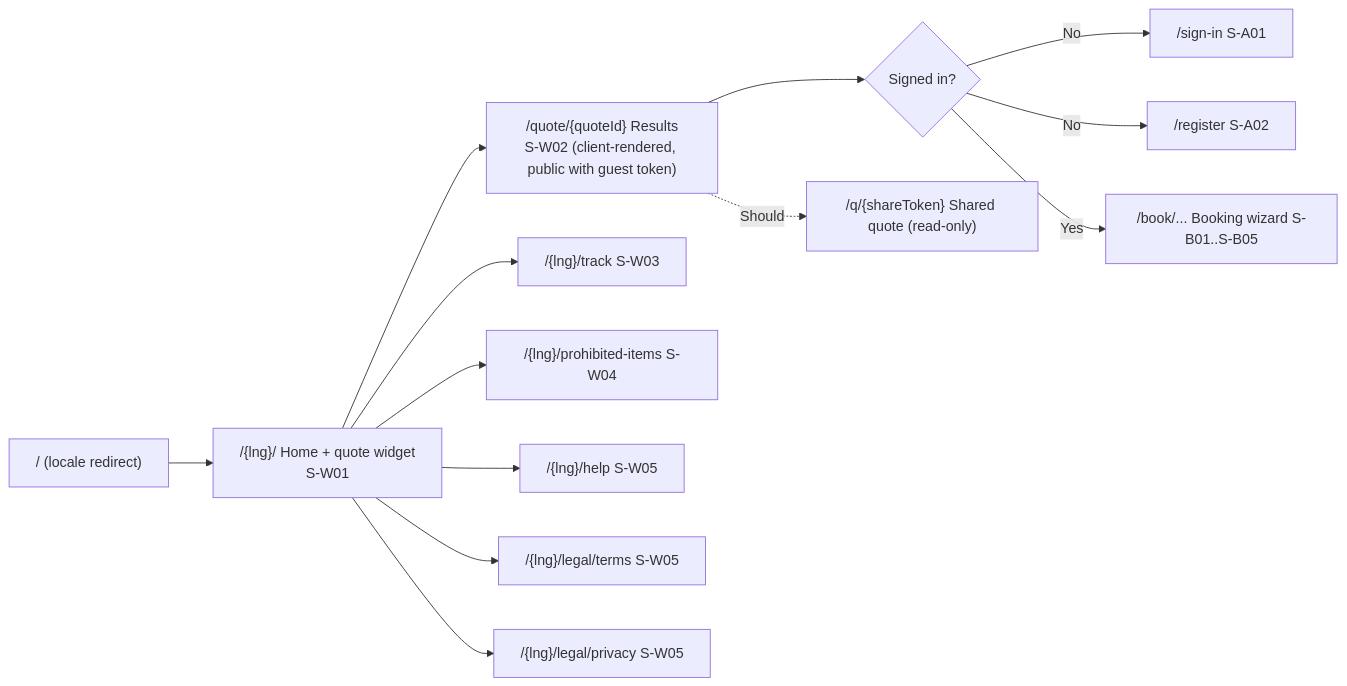
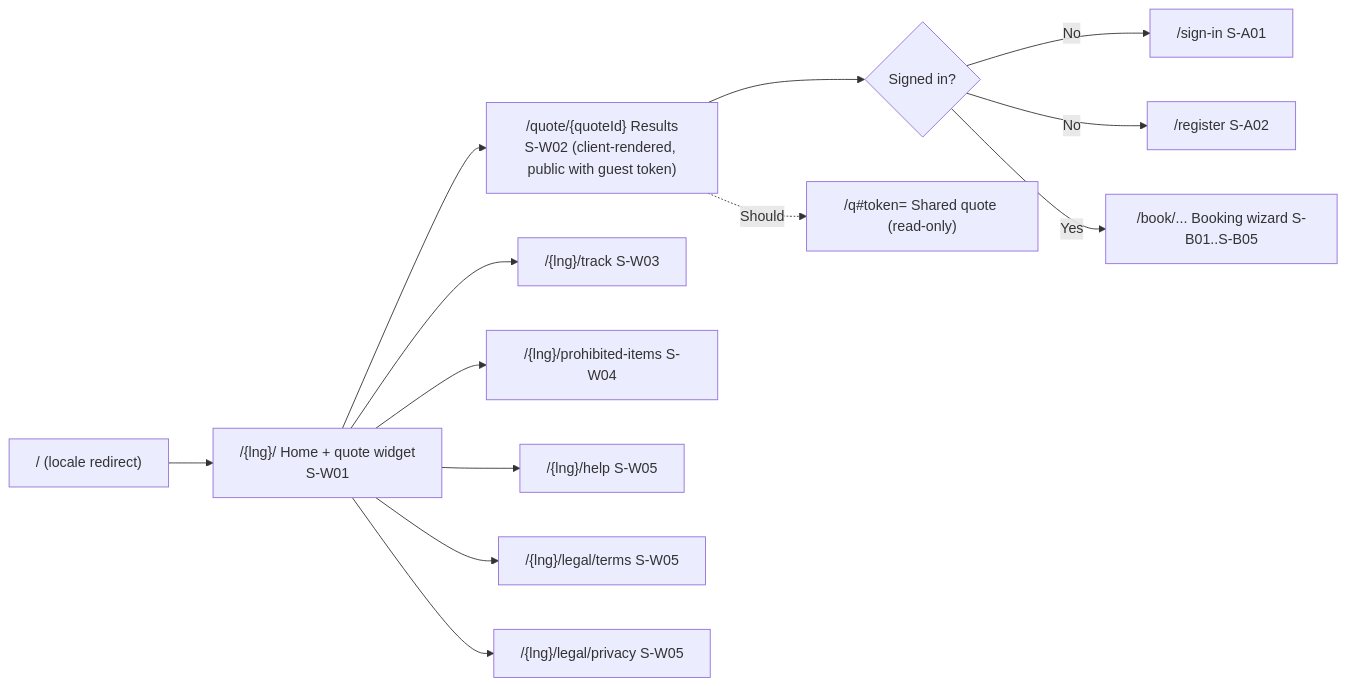
One commit to sukhchdit/shipcube changed the first of 4 diagrams in docs/02-ux/information-architecture.md. Above: the diagram before and after it, drawn with Mermaid. The commit also changed other lines of this file and 78 other files, not shown here.

````diff
--- a/docs/02-ux/information-architecture.md
+++ b/docs/02-ux/information-architecture.md
@@ -25,15 +25,15 @@
 ```mermaid
 flowchart LR
   ROOT["/ (locale redirect)"] --> HOME["/{lng}/ Home + quote widget<br/>S-W01"]
   HOME --> RESULTS["/quote/{quoteId} Results<br/>S-W02 (client-rendered, public with guest token)"]
   RESULTS --> GATE{"Signed in?"}
   GATE -->|No| SIGNIN["/sign-in S-A01"]
   GATE -->|No| REGISTER["/register S-A02"]
   GATE -->|Yes| WIZ["/book/... Booking wizard S-B01..S-B05"]
   HOME --> TRACK["/{lng}/track S-W03"]
   HOME --> PROHIB["/{lng}/prohibited-items S-W04"]
   HOME --> HELP["/{lng}/help S-W05"]
   HOME --> TERMS["/{lng}/legal/terms S-W05"]
   HOME --> PRIV["/{lng}/legal/privacy S-W05"]
-  RESULTS -.Should.-> SHARE["/q/{shareToken} Shared quote (read-only)"]
+  RESULTS -.Should.-> SHARE["/q#token= Shared quote (read-only)"]
 ```
````
